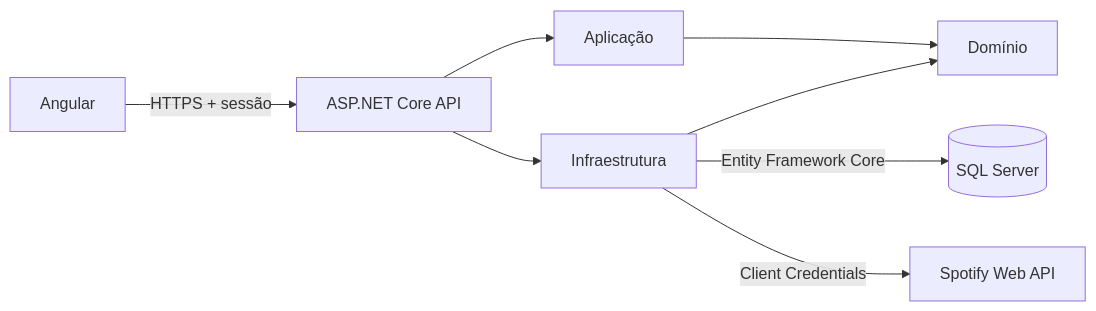
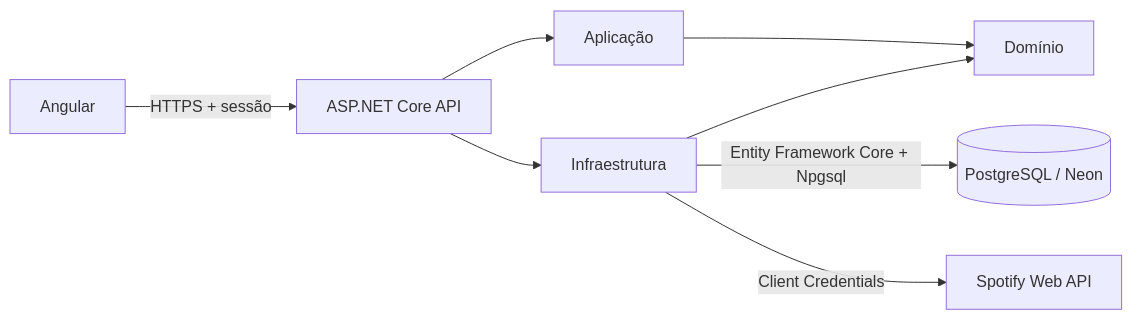
One commit to k-silvax19/Somnia changed the diagram in README.md. Above: the diagram before and after it, drawn with Mermaid. The commit also changed other lines of this file and 49 other files, not shown here.

Commit message:
feat: migrate Somnia persistence to PostgreSQL

````diff
--- a/README.md
+++ b/README.md
@@ -152,10 +160,10 @@
 ```mermaid
 flowchart LR
     UI[Angular] -->|HTTPS + sessão| API[ASP.NET Core API]
     API --> APP[Aplicação]
     APP --> DOM[Domínio]
     API --> INFRA[Infraestrutura]
     INFRA --> DOM
-    INFRA -->|Entity Framework Core| DB[(SQL Server)]
+    INFRA -->|Entity Framework Core + Npgsql| DB[(PostgreSQL / Neon)]
     INFRA -->|Client Credentials| SPOTIFY[Spotify Web API]
 ```
````
